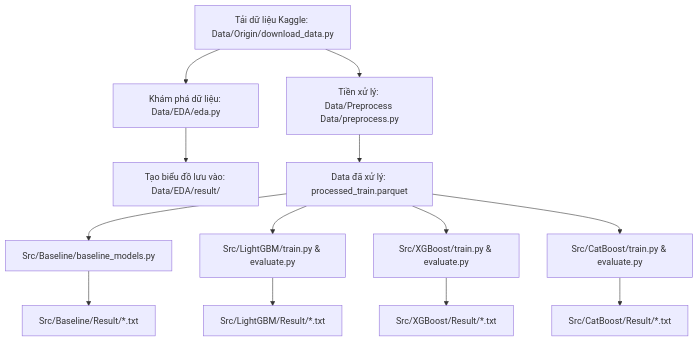
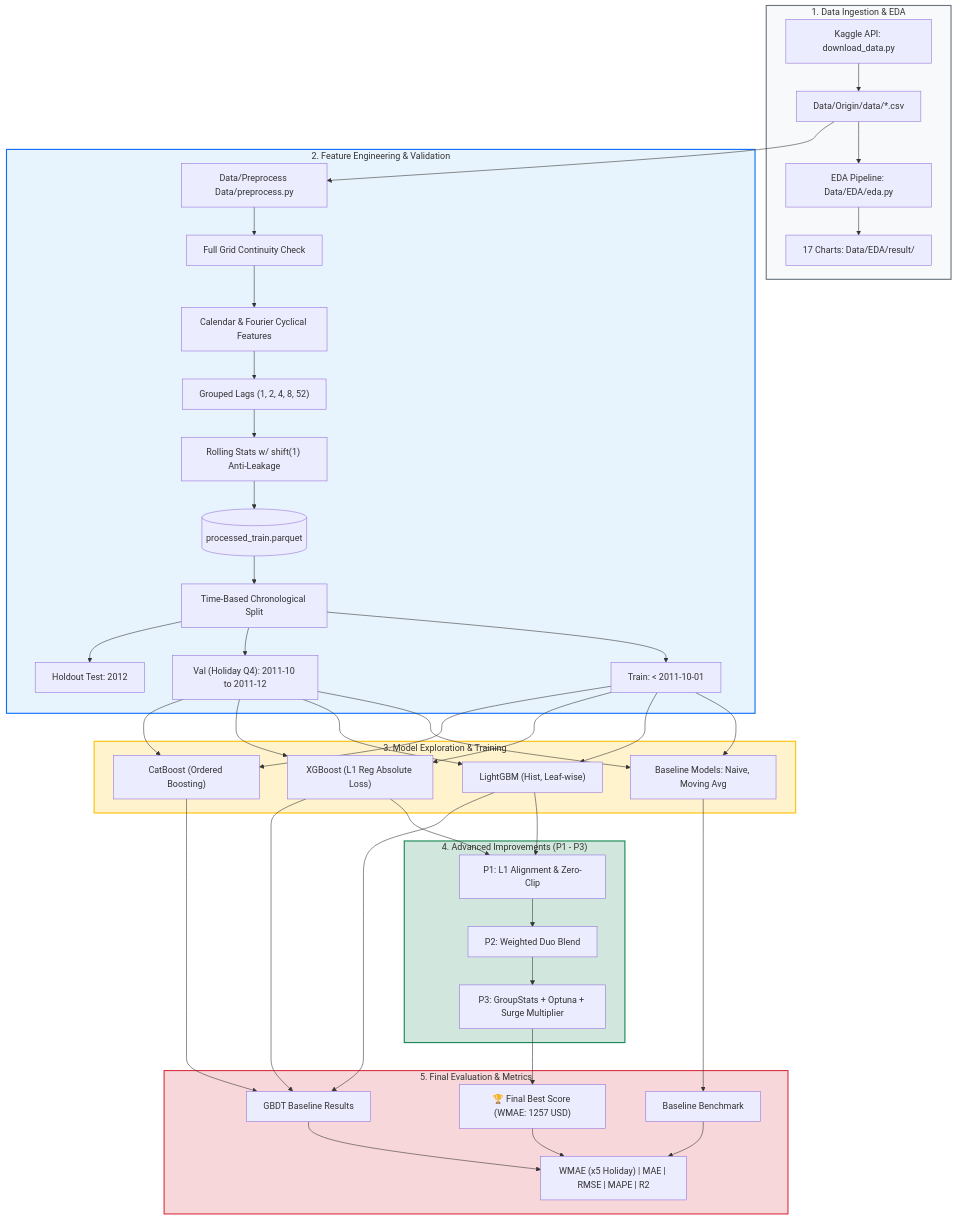
Before and after one commit to Cocobaut/Time-Series-Forecasting-By-ML: the diagram in README.md, drawn with Mermaid. The commit also changed other lines of this file, not shown here.

````diff
--- a/README.md
+++ b/README.md
@@ -123,15 +169,47 @@
 ```mermaid
 flowchart TD
-    A["Tải dữ liệu Kaggle: Data/Origin/download_data.py"] --> B["Khám phá dữ liệu: Data/EDA/eda.py"]
-    B --> C["Tạo biểu đồ lưu vào: Data/EDA/result/"]
-    A --> D["Tiền xử lý: Data/Preprocess Data/preprocess.py"]
-    D --> E["Data đã xử lý: processed_train.parquet"]
-    E --> F1["Src/Baseline/baseline_models.py"]
-    E --> F2["Src/LightGBM/train.py & evaluate.py"]
-    E --> F3["Src/XGBoost/train.py & evaluate.py"]
-    E --> F4["Src/CatBoost/train.py & evaluate.py"]
-    F1 --> G1["Src/Baseline/Result/*.txt"]
-    F2 --> G2["Src/LightGBM/Result/*.txt"]
-    F3 --> G3["Src/XGBoost/Result/*.txt"]
-    F4 --> G4["Src/CatBoost/Result/*.txt"]
+    subgraph INGESTION["1. Data Ingestion & EDA"]
+        A["Kaggle API: download_data.py"] --> B["Data/Origin/data/*.csv"]
+        B --> C["EDA Pipeline: Data/EDA/eda.py"]
+        C --> D["17 Charts: Data/EDA/result/"]
+    end
+
+    subgraph PREPROCESSING["2. Feature Engineering & Validation"]
+        B --> E["Data/Preprocess Data/preprocess.py"]
+        E --> F["Full Grid Continuity Check"]
+        F --> G["Calendar & Fourier Cyclical Features"]
+        G --> H["Grouped Lags (1, 2, 4, 8, 52)"]
+        H --> I["Rolling Stats w/ shift(1) Anti-Leakage"]
+        I --> J[("processed_train.parquet")]
+        J --> K["Time-Based Chronological Split"]
+        K --> K1["Train: < 2011-10-01"]
+        K --> K2["Val (Holiday Q4): 2011-10 to 2011-12"]
+        K --> K3["Holdout Test: 2012"]
+    end
+
+    subgraph MODELING["3. Model Exploration & Training"]
+        K1 & K2 --> M0["Baseline Models: Naive, Moving Avg"]
+        K1 & K2 --> M1["LightGBM (Hist, Leaf-wise)"]
+        K1 & K2 --> M2["XGBoost (L1 Reg Absolute Loss)"]
+        K1 & K2 --> M3["CatBoost (Ordered Boosting)"]
+    end
+
+    subgraph OPTIMIZATION["4. Advanced Improvements (P1 - P3)"]
+        M1 & M2 --> P1["P1: L1 Alignment & Zero-Clip"]
+        P1 --> P2["P2: Weighted Duo Blend"]
+        P2 --> P3["P3: GroupStats + Optuna + Surge Multiplier"]
+    end
+
+    subgraph EVALUATION["5. Final Evaluation & Metrics"]
+        M0 --> R0["Baseline Benchmark"]
+        M1 & M2 & M3 --> R1["GBDT Baseline Results"]
+        P3 --> R2["🏆 Final Best Score (WMAE: 1257 USD)"]
+        R0 & R1 & R2 --> EV["WMAE (x5 Holiday) | MAE | RMSE | MAPE | R2"]
+    end
+
+    style INGESTION fill:#f8f9fa,stroke:#6c757d,stroke-width:2px
+    style PREPROCESSING fill:#e8f4fd,stroke:#0d6efd,stroke-width:2px
+    style MODELING fill:#fff3cd,stroke:#ffc107,stroke-width:2px
+    style OPTIMIZATION fill:#d1e7dd,stroke:#198754,stroke-width:2px
+    style EVALUATION fill:#f8d7da,stroke:#dc3545,stroke-width:2px
 ```
````
